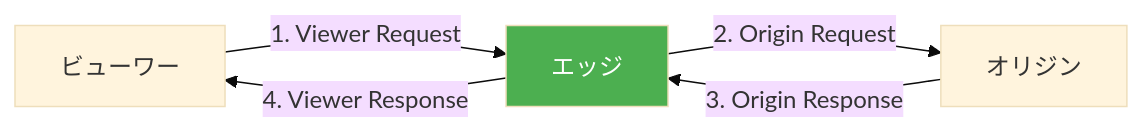
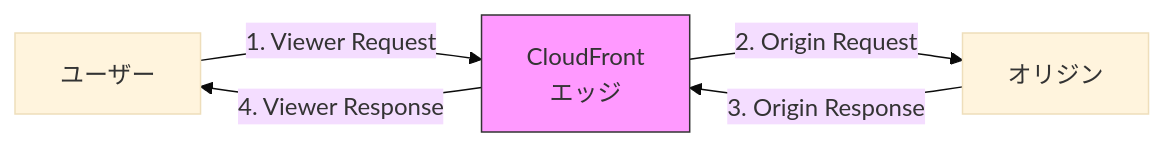
The third of 3 diagrams in roadmap/aws-cloudfront.md (MaitaTomoya/mt.github.io), drawn with Mermaid (base theme) before and after one commit. The commit also changed other lines of this file and 2 other files, not shown here.

First line of the commit message:
feat: IAM記事を大幅強化（983行・Mermaid図8つ）+ RDS/CloudFront記事を拡充

````diff
--- a/roadmap/aws-cloudfront.md
+++ b/roadmap/aws-cloudfront.md
@@ -233,9 +281,9 @@
 ```mermaid
 graph LR
-    A[ビューワー] -->|1. Viewer Request| B[エッジ]
-    B -->|2. Origin Request| C[オリジン]
-    C -->|3. Origin Response| B
-    B -->|4. Viewer Response| A
+    U[ユーザー] -->|1. Viewer Request| CF["CloudFront<br/>エッジ"]
+    CF -->|2. Origin Request| O[オリジン]
+    O -->|3. Origin Response| CF
+    CF -->|4. Viewer Response| U
 
-    style B fill:#4CAF50,color:#fff
+    style CF fill:#f9f,stroke:#333
 ```
````
